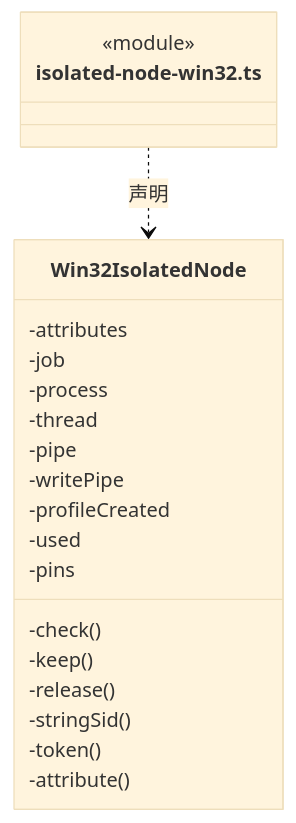
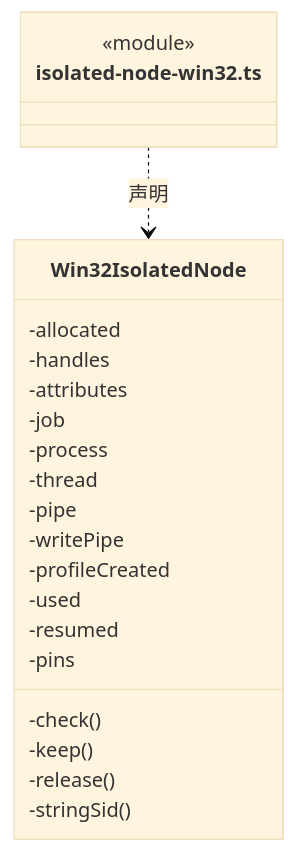
Before and after one commit to nan023062/cbim: diagram 15 of 36 in src/backend/main/platform/ARCHITECTURE.md, drawn with Mermaid (base theme). The commit also changed other lines of this file and 53 other files, not shown here.

````diff
--- a/src/backend/main/platform/ARCHITECTURE.md
+++ b/src/backend/main/platform/ARCHITECTURE.md
@@ -383,24 +385,25 @@
 ```mermaid
 classDiagram
 class N_src_backend_main_platform_isolated_node_win32_ts["isolated-node-win32.ts"] {
   <<module>>
 }
 class N_src_backend_main_platform_isolated_node_win32_ts_Win32IsolatedNode["Win32IsolatedNode"] {
+  -allocated
+  -handles
   -attributes
   -job
   -process
   -thread
   -pipe
   -writePipe
   -profileCreated
   -used
+  -resumed
   -pins
   -check()
   -keep()
   -release()
   -stringSid()
-  -token()
-  -attribute()
 }
 N_src_backend_main_platform_isolated_node_win32_ts ..> N_src_backend_main_platform_isolated_node_win32_ts_Win32IsolatedNode : 声明
 ```
````
